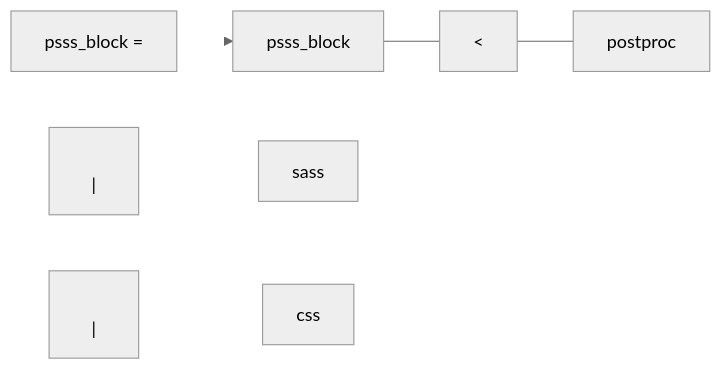
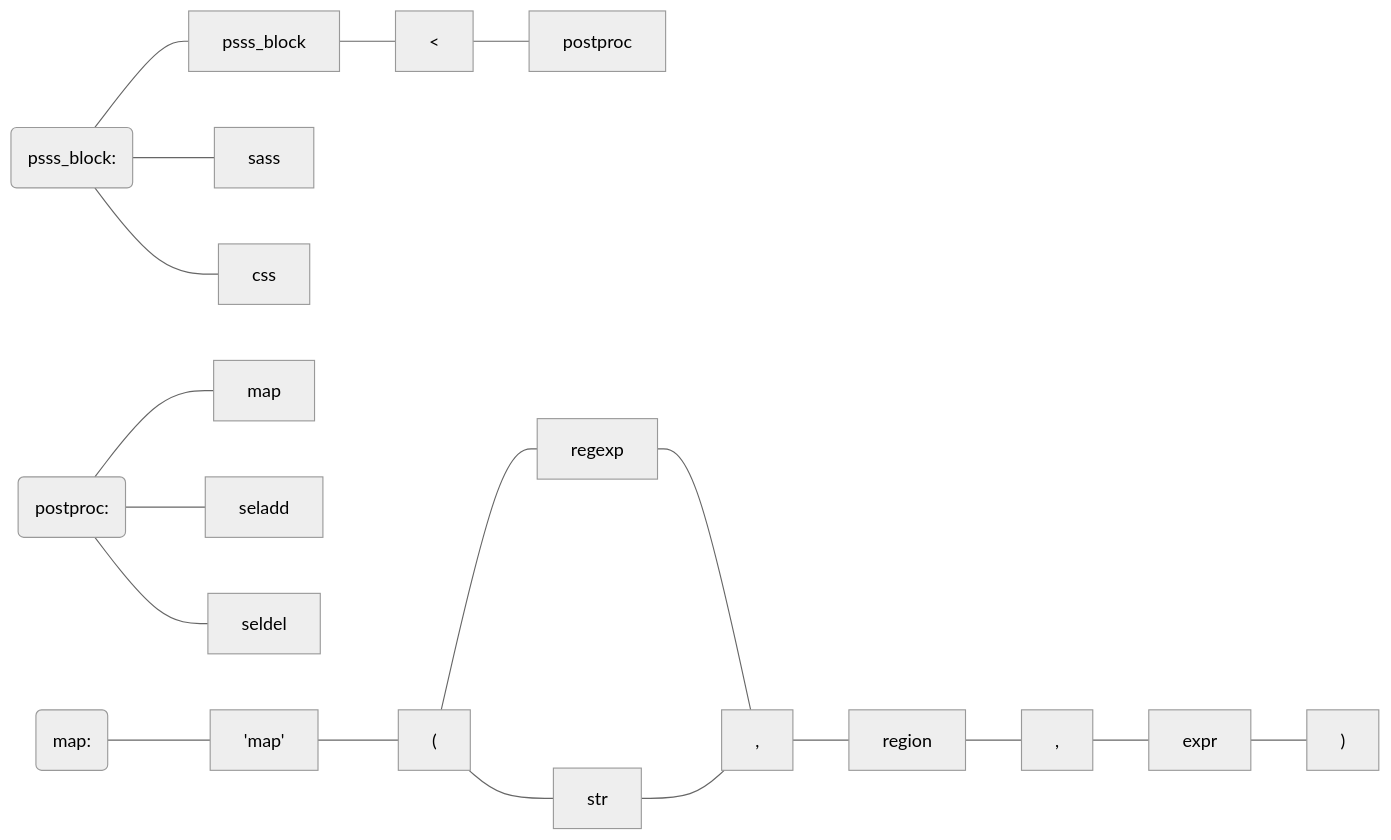
One commit to kurohara/psss changed the diagram in README.md. Above: the diagram before and after it, drawn with Mermaid (neutral theme).

Commit message:
adding syntax...

````diff
--- a/README.md
+++ b/README.md
@@ -4,13 +4,24 @@
 ```mermaid
 graph LR
-    stext1["psss_block = "] -->
+    stext1("psss_block: ") ---
     psss_block --- postprocsep["<"] --- postproc
-    spacing1[" | "] --- sass
-    spacing2[" | "] --- css
+    sass
+    css
+    stext1 --- sass
+    stext1 --- css
 
-    linkStyle 0,3,4 stroke-width:0;
+    stext2("postproc:") --- map
+    seladd
+    seldel
+    stext2 --- seladd
+    stext2 --- seldel
+
+    stext3("map:") --- maptok['map'] --- parL["("] --- regexp --- comma1[","] ---  region --- comma2[","] --- expr --- parR[")"]
+    parL --- str --- comma1
+
+    linkStyle 0,3,4 stroke-width:1;
     classDef simpleText border:none,border-width:0,    background-color:white,margin-right:0px;
     classDef spacing margin-left:20px;
-    class stext1,spacing1,spacing2 simpleText;
+    class stext1 simpleText;
     class spacing1,spacing2 spacing;
 ```
````
